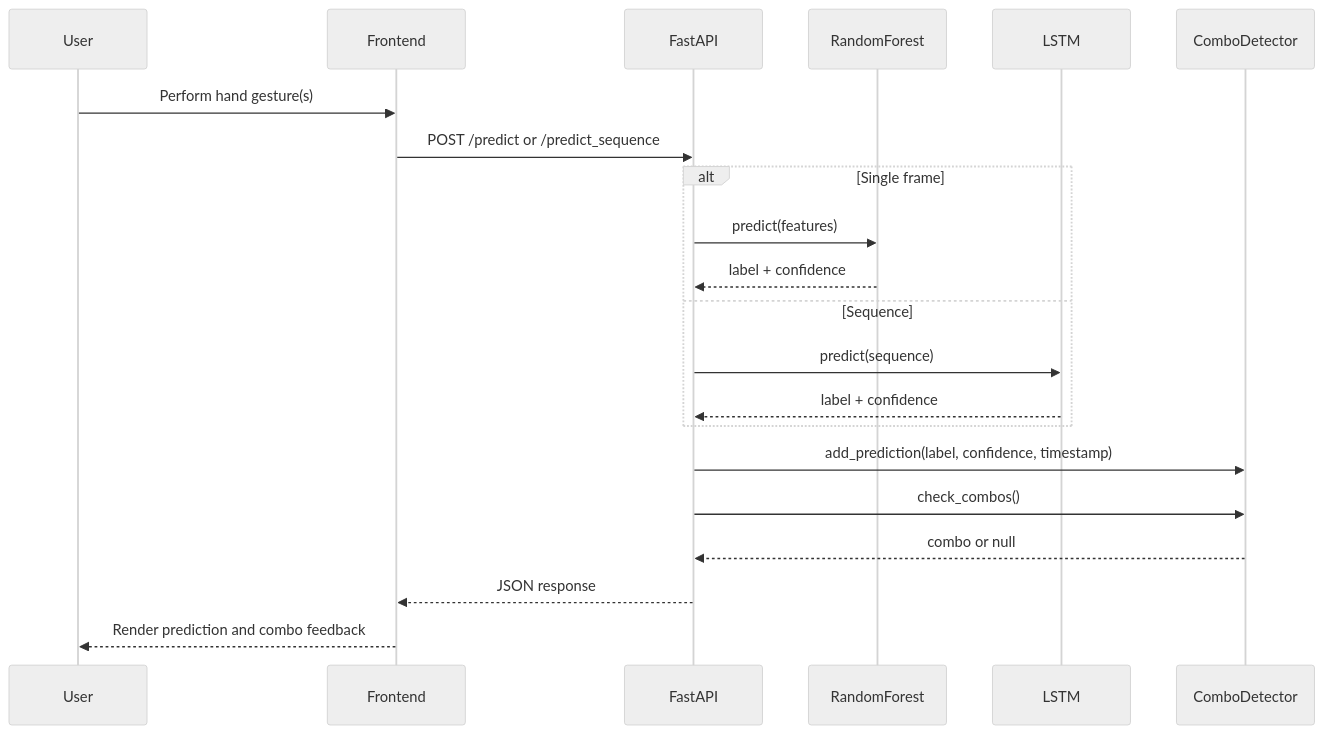
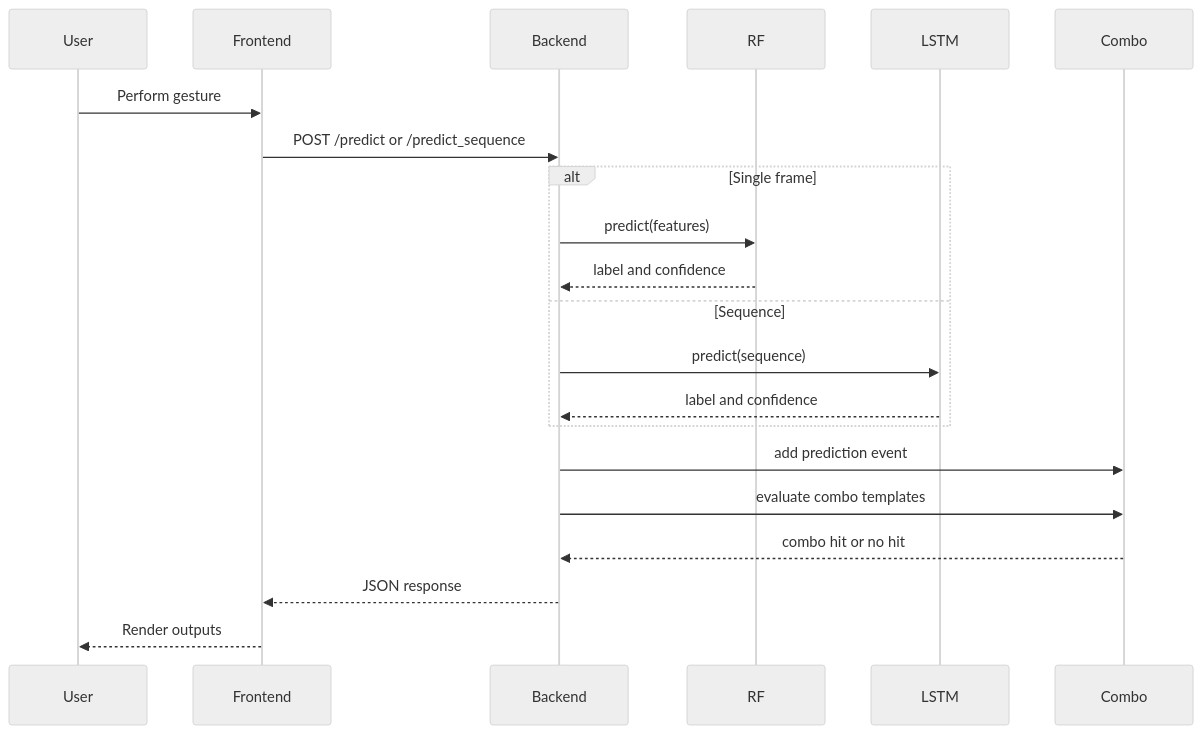
Before and after one commit to RishiStudies/hand_sign_detection_dynamic: the second of 6 diagrams in architecture_and_workflows.md, drawn with Mermaid (neutral theme). The commit also changed other lines of this file and 4 other files, not shown here.

````diff
--- a/architecture_and_workflows.md
+++ b/architecture_and_workflows.md
@@ -49,24 +44,24 @@
 ```mermaid
 sequenceDiagram
-    participant U as User
-    participant UI as Frontend
-    participant API as FastAPI
-    participant RF as RandomForest
-    participant LSTM as LSTM
-    participant COMBO as ComboDetector
+    participant User
+    participant Frontend
+    participant Backend
+    participant RF
+    participant LSTM
+    participant Combo
 
-    U->>UI: Perform hand gesture(s)
-    UI->>API: POST /predict or /predict_sequence
+    User->>Frontend: Perform gesture
+    Frontend->>Backend: POST /predict or /predict_sequence
     alt Single frame
-        API->>RF: predict(features)
-        RF-->>API: label + confidence
+        Backend->>RF: predict(features)
+        RF-->>Backend: label and confidence
     else Sequence
-        API->>LSTM: predict(sequence)
-        LSTM-->>API: label + confidence
+        Backend->>LSTM: predict(sequence)
+        LSTM-->>Backend: label and confidence
     end
-    API->>COMBO: add_prediction(label, confidence, timestamp)
-    API->>COMBO: check_combos()
-    COMBO-->>API: combo or null
-    API-->>UI: JSON response
-    UI-->>U: Render prediction and combo feedback
+    Backend->>Combo: add prediction event
+    Backend->>Combo: evaluate combo templates
+    Combo-->>Backend: combo hit or no hit
+    Backend-->>Frontend: JSON response
+    Frontend-->>User: Render outputs
 ```
````
